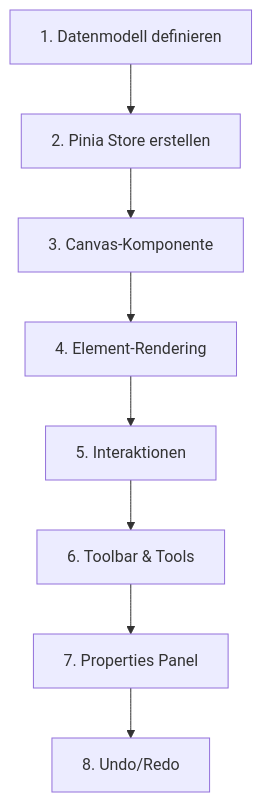
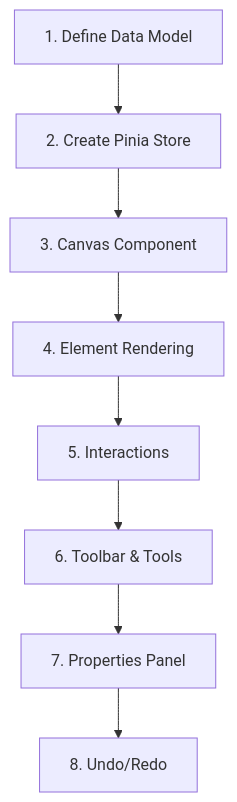
The sixth of 6 diagrams in docs/migration/01-petri-net-editor.md (woped/woped-next), drawn with Mermaid before and after one commit. The commit also changed other lines of this file and 24 other files, not shown here.

````diff
--- a/docs/migration/01-petri-net-editor.md
+++ b/docs/migration/01-petri-net-editor.md
@@ -195,10 +195,10 @@
 ```mermaid
 flowchart TD
-    S1[1. Datenmodell definieren] --> S2[2. Pinia Store erstellen]
-    S2 --> S3[3. Canvas-Komponente]
-    S3 --> S4[4. Element-Rendering]
-    S4 --> S5[5. Interaktionen]
+    S1[1. Define Data Model] --> S2[2. Create Pinia Store]
+    S2 --> S3[3. Canvas Component]
+    S3 --> S4[4. Element Rendering]
+    S4 --> S5[5. Interactions]
     S5 --> S6[6. Toolbar & Tools]
     S6 --> S7[7. Properties Panel]
     S7 --> S8[8. Undo/Redo]
 ```
````
